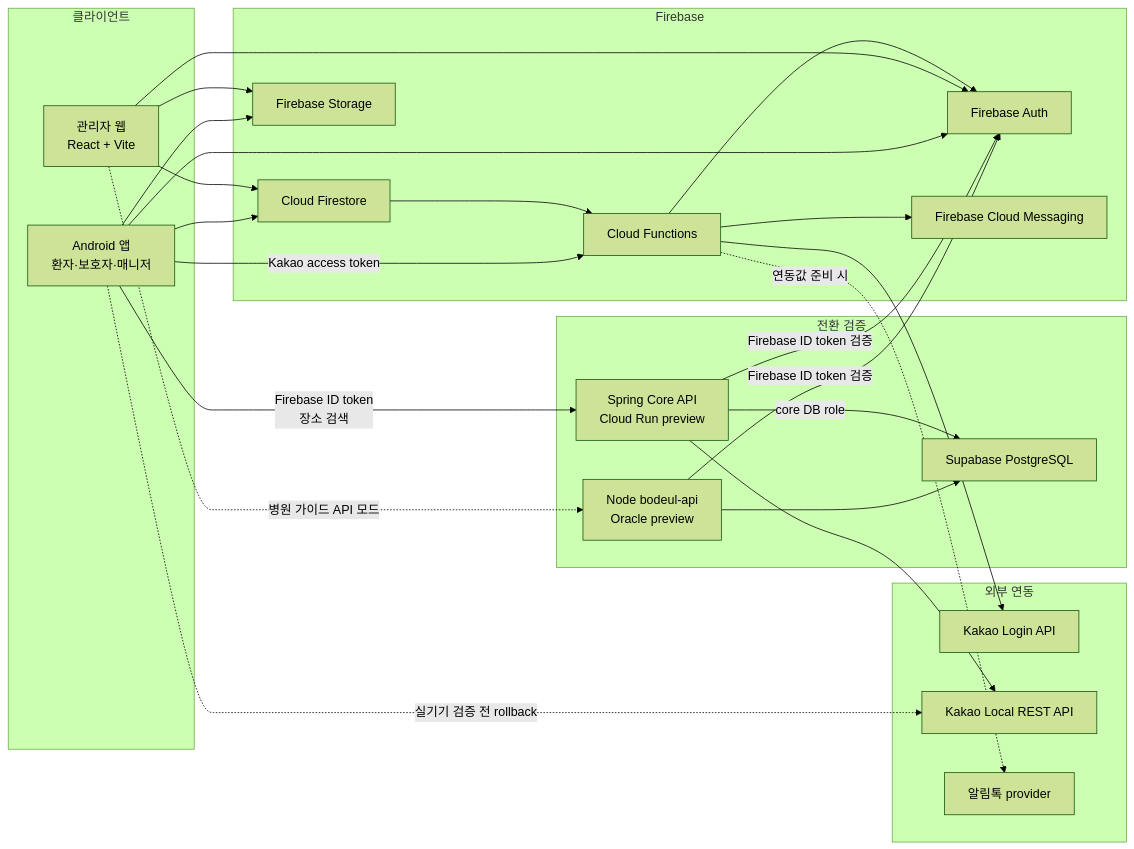
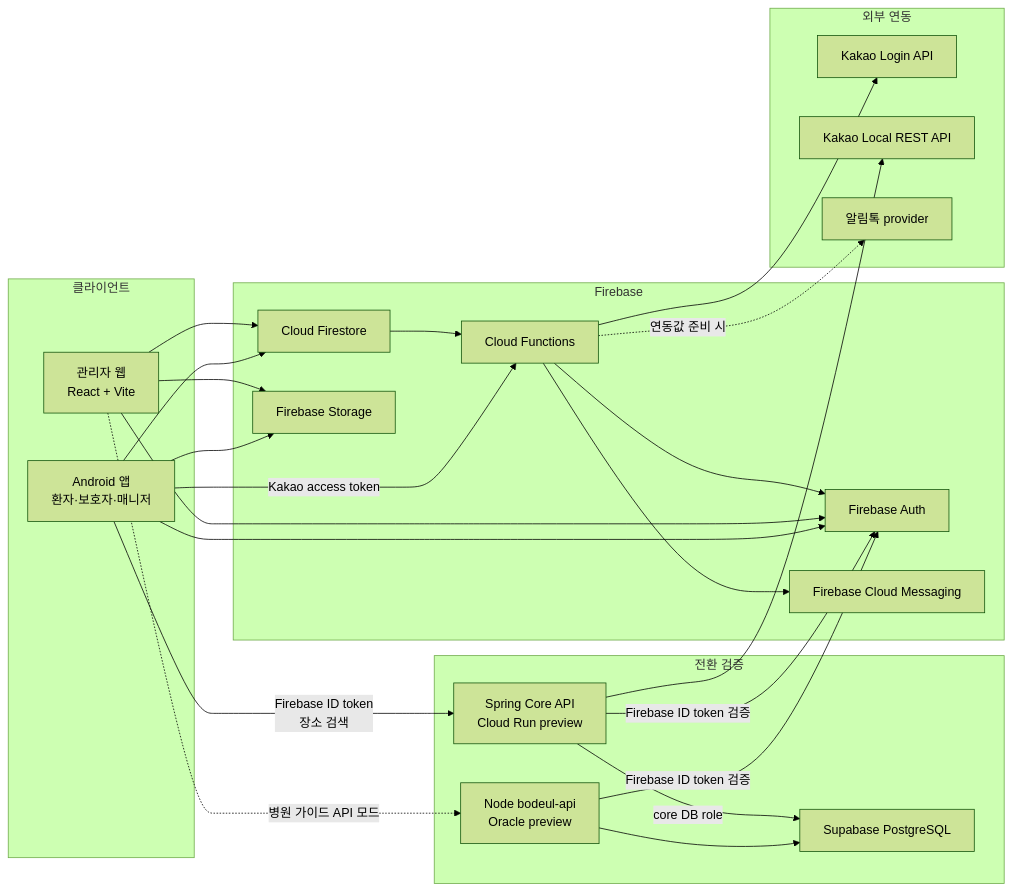
The first of 2 diagrams in docs/architecture/system-architecture-diagram.md (bodeul110/Bodeul), drawn with Mermaid (forest theme) before and after one commit. The commit also changed other lines of this file and 8 other files, not shown here.

Commit message:
fix: remove Android Kakao REST fallback

````diff
--- a/docs/architecture/system-architecture-diagram.md
+++ b/docs/architecture/system-architecture-diagram.md
@@ -9,51 +9,50 @@
 ```mermaid
 flowchart LR
   subgraph Client["클라이언트"]
     Android["Android 앱\n환자·보호자·매니저"]
     AdminVite["관리자 웹\nReact + Vite"]
   end
 
   subgraph Preview["전환 검증"]
     NodeApi["Node bodeul-api\nOracle preview"]
     SpringApi["Spring Core API\nCloud Run preview"]
     Postgres["Supabase PostgreSQL"]
   end
 
   subgraph Firebase["Firebase"]
     Auth["Firebase Auth"]
     Firestore["Cloud Firestore"]
     Storage["Firebase Storage"]
     Functions["Cloud Functions"]
     FCM["Firebase Cloud Messaging"]
   end
 
   subgraph External["외부 연동"]
     KakaoLogin["Kakao Login API"]
     KakaoLocal["Kakao Local REST API"]
     Alimtalk["알림톡 provider"]
   end
 
   Android --> Auth
   AdminVite --> Auth
   Android --> Firestore
   AdminVite --> Firestore
   Android --> Storage
   AdminVite --> Storage
 
   AdminVite -. "병원 가이드 API 모드" .-> NodeApi
   NodeApi -->|"Firebase ID token 검증"| Auth
   NodeApi --> Postgres
 
   Android -->|"Firebase ID token\n장소 검색"| SpringApi
   SpringApi -->|"Firebase ID token 검증"| Auth
   SpringApi -->|"core DB role"| Postgres
   SpringApi --> KakaoLocal
 
   Android -->|"Kakao access token"| Functions
   Functions --> KakaoLogin
   Functions --> Auth
-  Android -. "실기기 검증 전 rollback" .-> KakaoLocal
   Firestore --> Functions
   Functions --> FCM
   Functions -. "연동값 준비 시" .-> Alimtalk
 ```
````
